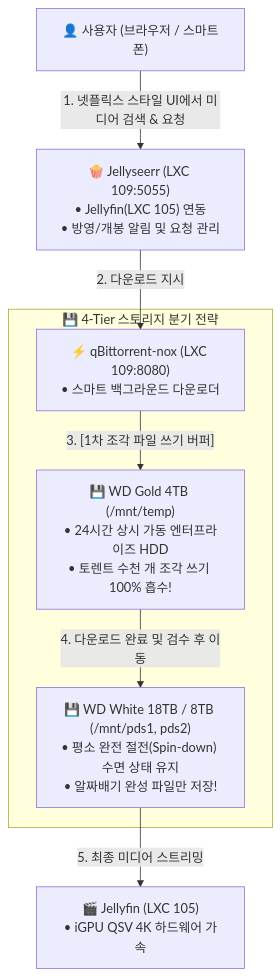
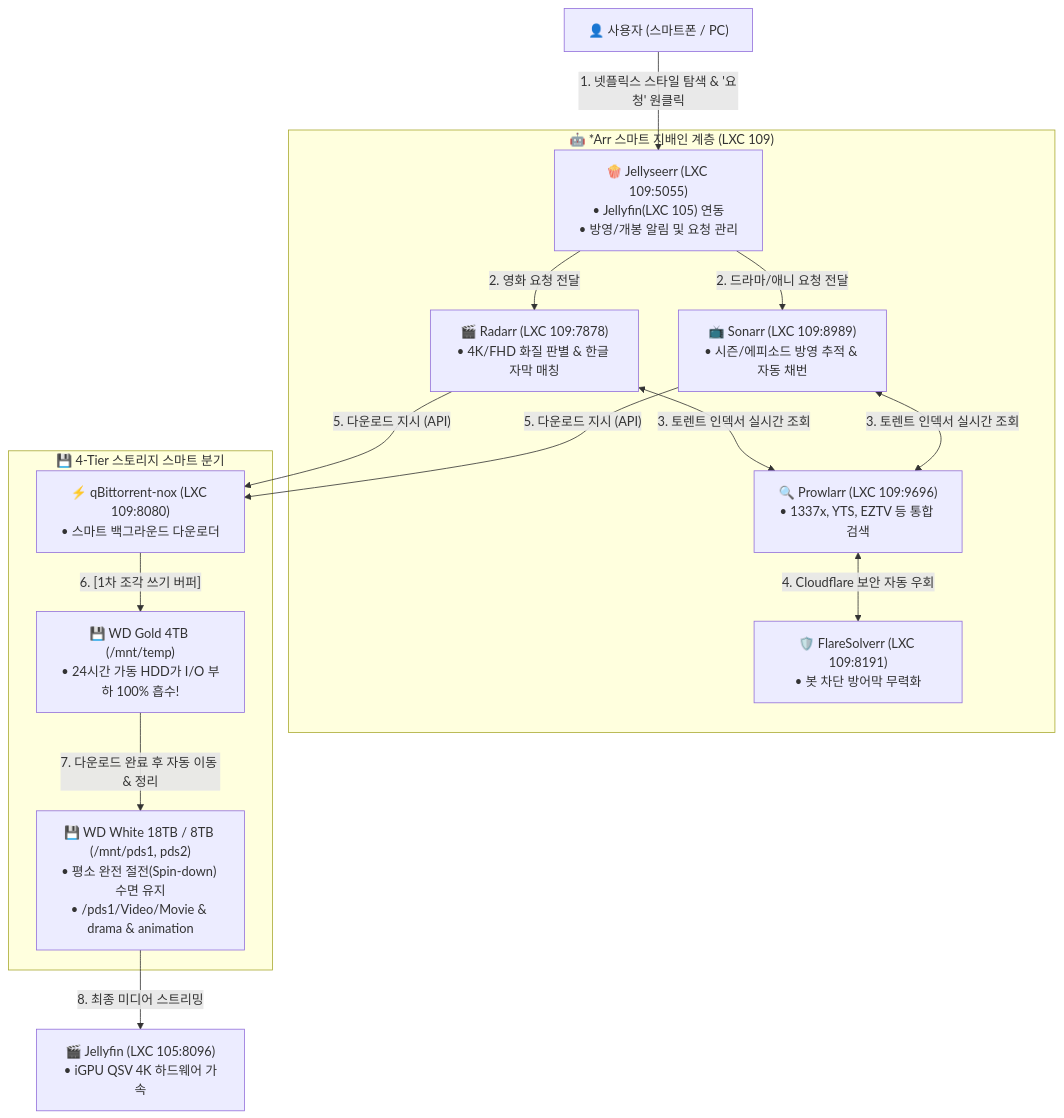
One commit to waceh/nas changed the diagram in self-nas/docs/17_media_automation_jellyseerr_qbittorrent_guide.md. Above: the diagram before and after it, drawn with Mermaid. The commit also changed other lines of this file and 5 other files, not shown here.

````diff
--- a/self-nas/docs/17_media_automation_jellyseerr_qbittorrent_guide.md
+++ b/self-nas/docs/17_media_automation_jellyseerr_qbittorrent_guide.md
@@ -11,14 +11,22 @@
 ```mermaid
 flowchart TB
-    User["👤 사용자 (브라우저 / 스마트폰)"] -->|"1. 넷플릭스 스타일 UI에서 미디어 검색 & 요청"| Jellyseerr["🍿 Jellyseerr (LXC 109:5055)<br/>• Jellyfin(LXC 105) 연동<br/>• 방영/개봉 알림 및 요청 관리"]
-    
-    Jellyseerr -->|"2. 다운로드 지시"| Qbit["⚡ qBittorrent-nox (LXC 109:8080)<br/>• 스마트 백그라운드 다운로더"]
-    
-    subgraph StorageTier["💾 4-Tier 스토리지 분기 전략"]
-        Qbit -->|"3. [1차 조각 파일 쓰기 버퍼]"| Gold["💾 WD Gold 4TB (/mnt/temp)<br/>• 24시간 상시 가동 엔터프라이즈 HDD<br/>• 토렌트 수천 개 조각 쓰기 100% 흡수!"]
-        
-        Gold -->|"4. 다운로드 완료 및 검수 후 이동"| White["💾 WD White 18TB / 8TB (/mnt/pds1, pds2)<br/>• 평소 완전 절전(Spin-down) 수면 상태 유지<br/>• 알짜배기 완성 파일만 저장!"]
+    User["👤 사용자 (스마트폰 / PC)"] -->|"1. 넷플릭스 스타일 탐색 & '요청' 원클릭"| Jellyseerr["🍿 Jellyseerr (LXC 109:5055)<br/>• Jellyfin(LXC 105) 연동<br/>• 방영/개봉 알림 및 요청 관리"]
+
+    subgraph BotLayer["🤖 *Arr 스마트 지배인 계층 (LXC 109)"]
+        Jellyseerr -->|"2. 영화 요청 전달"| Radarr["🎬 Radarr (LXC 109:7878)<br/>• 4K/FHD 화질 판별 & 한글 자막 매칭"]
+        Jellyseerr -->|"2. 드라마/애니 요청 전달"| Sonarr["📺 Sonarr (LXC 109:8989)<br/>• 시즌/에피소드 방영 추적 & 자동 채번"]
+
+        Radarr & Sonarr <-->|"3. 토렌트 인덱서 실시간 조회"| Prowlarr["🔍 Prowlarr (LXC 109:9696)<br/>• 1337x, YTS, EZTV 등 통합 검색"]
+        Prowlarr <-->|"4. Cloudflare 보안 자동 우회"| Flare["🛡️ FlareSolverr (LXC 109:8191)<br/>• 봇 차단 방어막 무력화"]
     end
 
-    White -->|"5. 최종 미디어 스트리밍"| Jellyfin["🎬 Jellyfin (LXC 105)<br/>• iGPU QSV 4K 하드웨어 가속"]
+    Radarr & Sonarr -->|"5. 다운로드 지시 (API)"| Qbit["⚡ qBittorrent-nox (LXC 109:8080)<br/>• 스마트 백그라운드 다운로더"]
+
+    subgraph StorageTier["💾 4-Tier 스토리지 스마트 분기"]
+        Qbit -->|"6. [1차 조각 쓰기 버퍼]"| Gold["💾 WD Gold 4TB (/mnt/temp)<br/>• 24시간 가동 HDD가 I/O 부하 100% 흡수!"]
+        
+        Gold -->|"7. 다운로드 완료 후 자동 이동 & 정리"| White["💾 WD White 18TB / 8TB (/mnt/pds1, pds2)<br/>• 평소 완전 절전(Spin-down) 수면 유지<br/>• /pds1/Video/Movie & drama & animation"]
+    end
+
+    White -->|"8. 최종 미디어 스트리밍"| Jellyfin["🎬 Jellyfin (LXC 105:8096)<br/>• iGPU QSV 4K 하드웨어 가속"]
 ```
````
